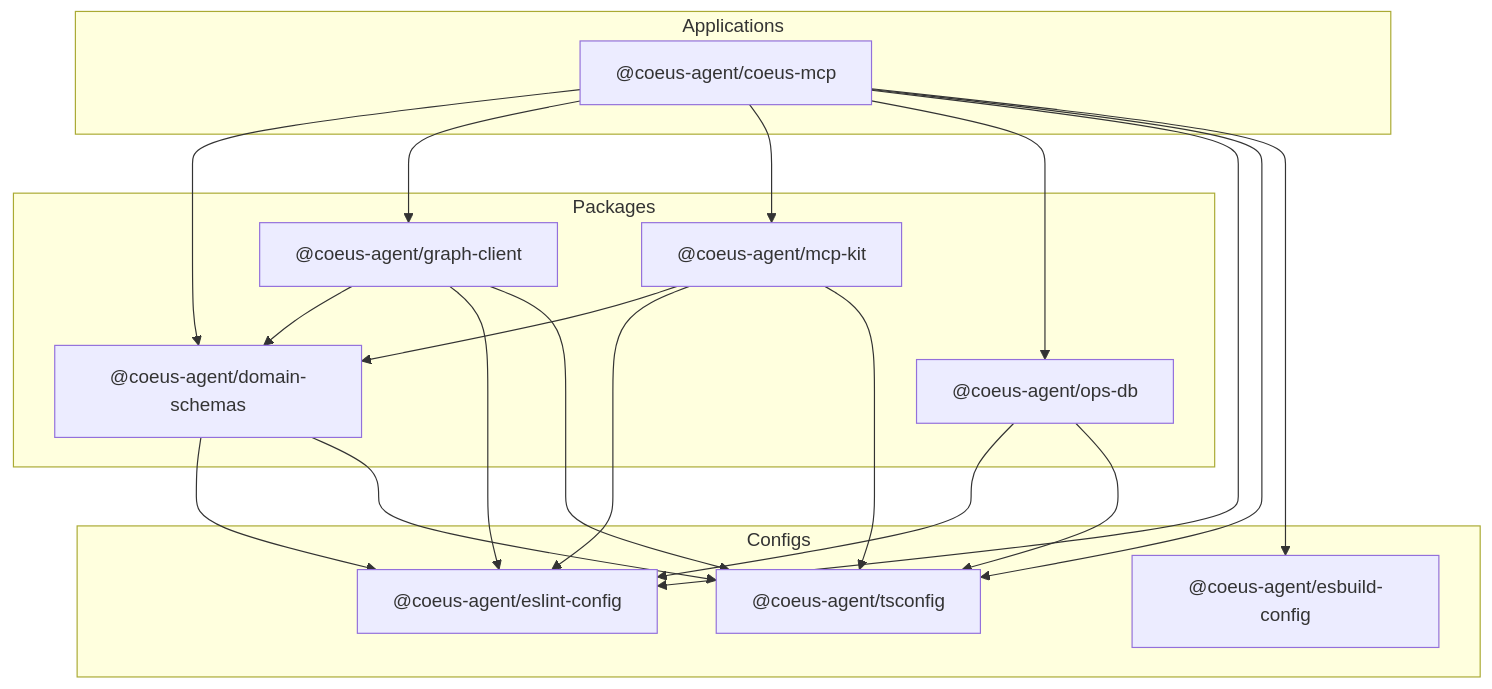
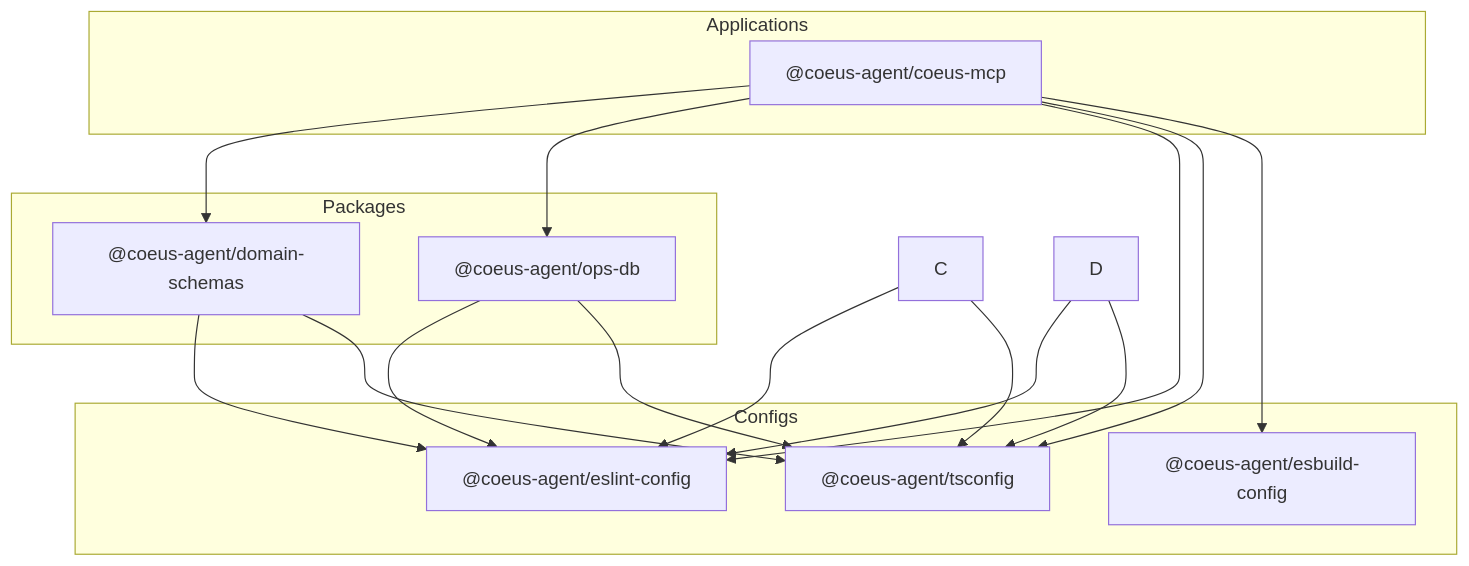
Before and after one commit to leovigna/agent-coeus: the seventh of 7 diagrams in ARCHITECTURE.md, drawn with Mermaid. The commit also changed other lines of this file and 3 other files, not shown here.

Commit message:
fix architecture/templates rule

````diff
--- a/ARCHITECTURE.md
+++ b/ARCHITECTURE.md
@@ -325,43 +269,36 @@
 ```mermaid
 graph TD
     subgraph "Applications"
         A["@coeus-agent/coeus-mcp"]
     end
 
     subgraph "Packages"
         B["@coeus-agent/domain-schemas"]
-        C["@coeus-agent/graph-client"]
-        D["@coeus-agent/mcp-kit"]
         E["@coeus-agent/ops-db"]
     end
 
     subgraph "Configs"
         F["@coeus-agent/eslint-config"]
         G["@coeus-agent/tsconfig"]
         H["@coeus-agent/esbuild-config"]
     end
 
     A --> B
-    A --> C
-    A --> D
     A --> E
-
-    C --> B
-    D --> B
 
     A --> F
     A --> G
     A --> H
 
     B --> F
     B --> G
 
     C --> F
     C --> G
 
     D --> F
     D --> G
 
     E --> F
     E --> G
 ```
````
